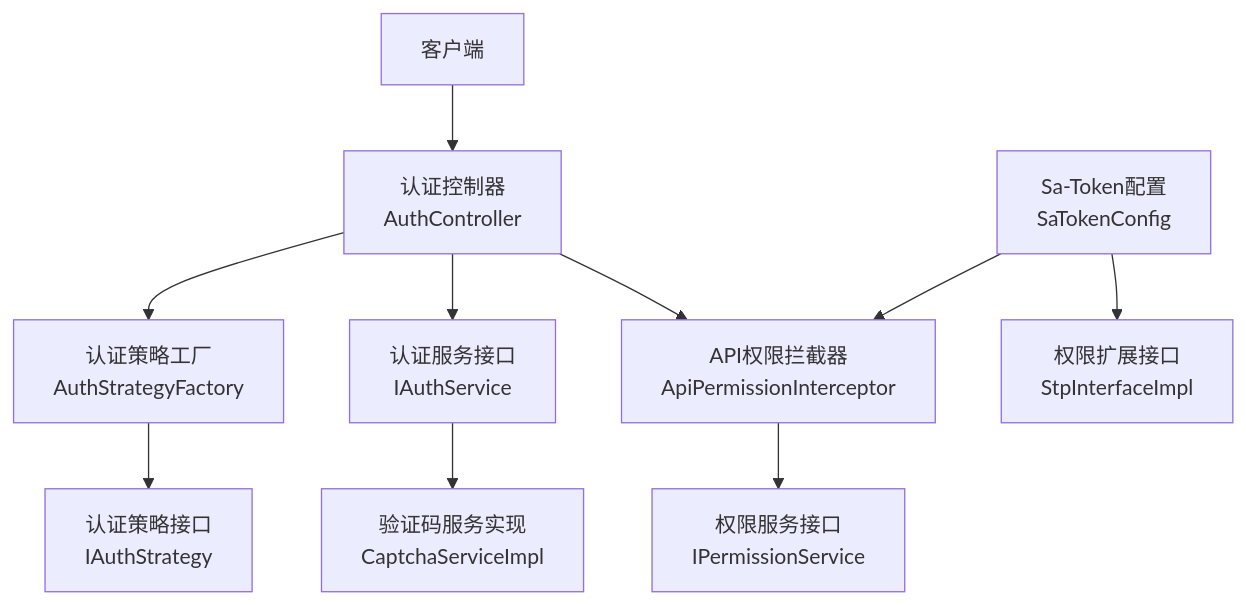
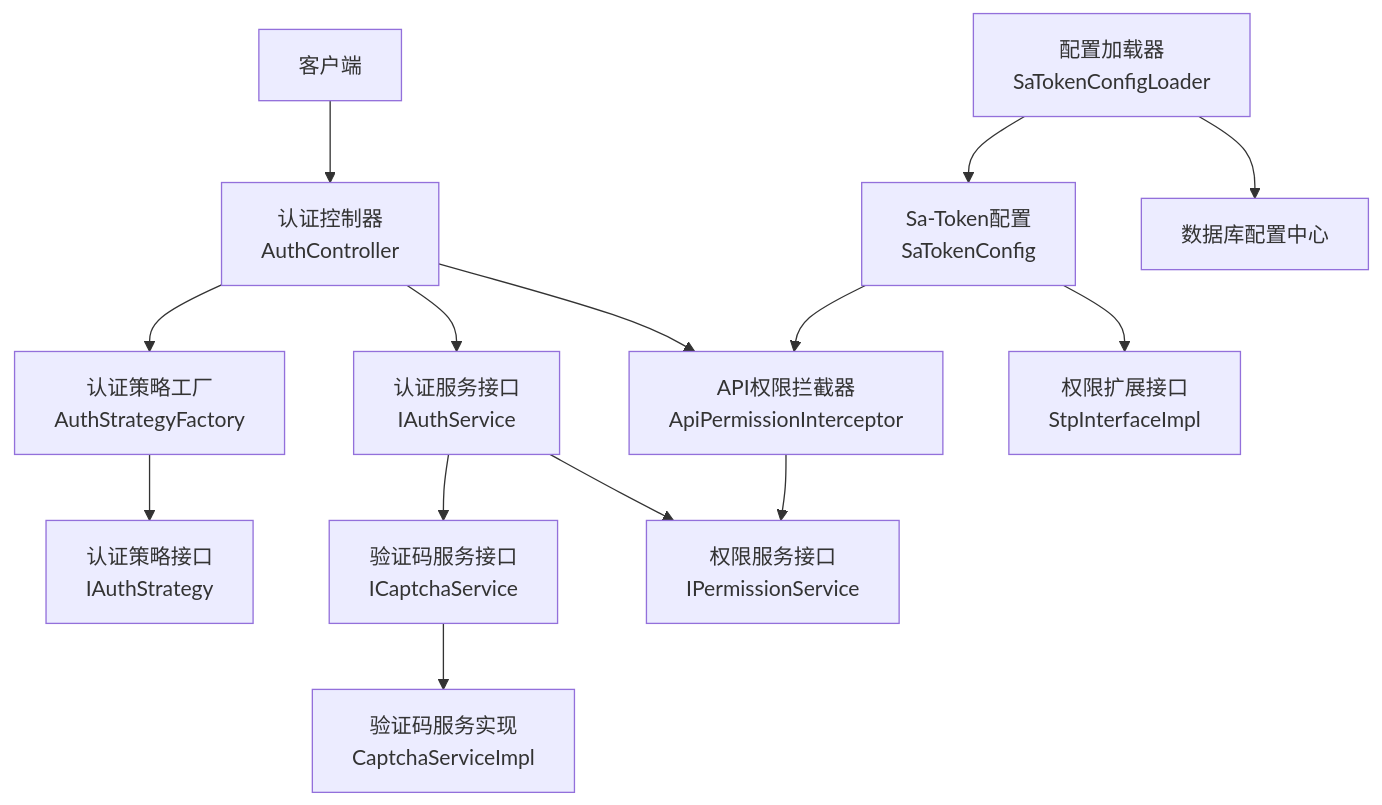
One commit to yaomindong1996/forge-admin changed the second of 7 diagrams in .qoder/repowiki/zh/content/后端框架详解/安全认证模块/安全认证模块.md. Above: the diagram before and after it, drawn with Mermaid. The commit also changed other lines of this file and 76 other files, not shown here.

````diff
--- a/.qoder/repowiki/zh/content/后端框架详解/安全认证模块/安全认证模块.md
+++ b/.qoder/repowiki/zh/content/后端框架详解/安全认证模块/安全认证模块.md
@@ -116,12 +144,16 @@
 ```mermaid
 graph TB
 Client["客户端"] --> API["认证控制器<br/>AuthController"]
 API --> STRF["认证策略工厂<br/>AuthStrategyFactory"]
 STRF --> ISTG["认证策略接口<br/>IAuthStrategy"]
 API --> SVC["认证服务接口<br/>IAuthService"]
-SVC --> CAPTCHA["验证码服务实现<br/>CaptchaServiceImpl"]
+SVC --> CAPTCHA["验证码服务接口<br/>ICaptchaService"]
+CAPTCHA --> CAPTCHA_IMPL["验证码服务实现<br/>CaptchaServiceImpl"]
+SVC --> PERM["权限服务接口<br/>IPermissionService"]
 API --> INTF["API权限拦截器<br/>ApiPermissionInterceptor"]
-INTF --> PERM["权限服务接口<br/>IPermissionService"]
+INTF --> PERM
 CFG["Sa-Token配置<br/>SaTokenConfig"] --> INTF
 CFG --> STPI["权限扩展接口<br/>StpInterfaceImpl"]
+CFGLOADER["配置加载器<br/>SaTokenConfigLoader"] --> CFG
+CFGLOADER --> DB["数据库配置中心"]
 ```
````
